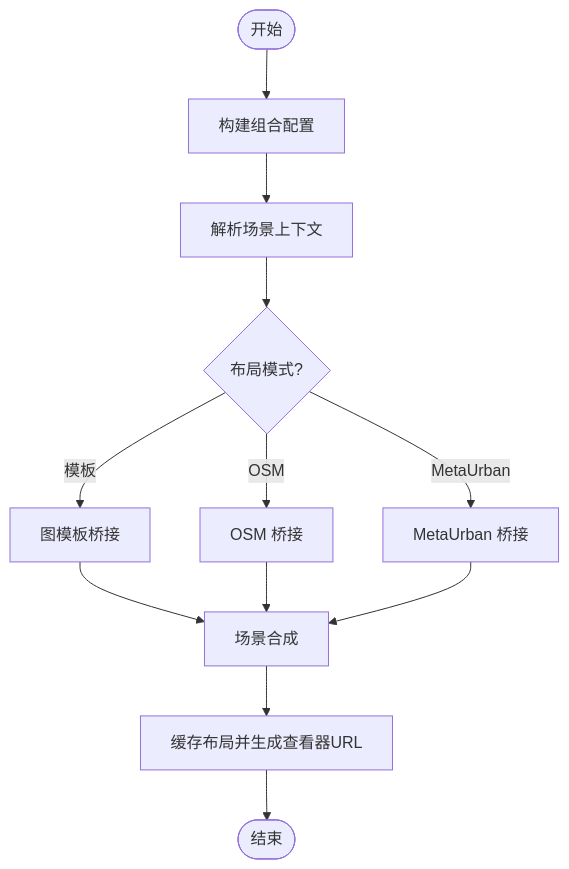
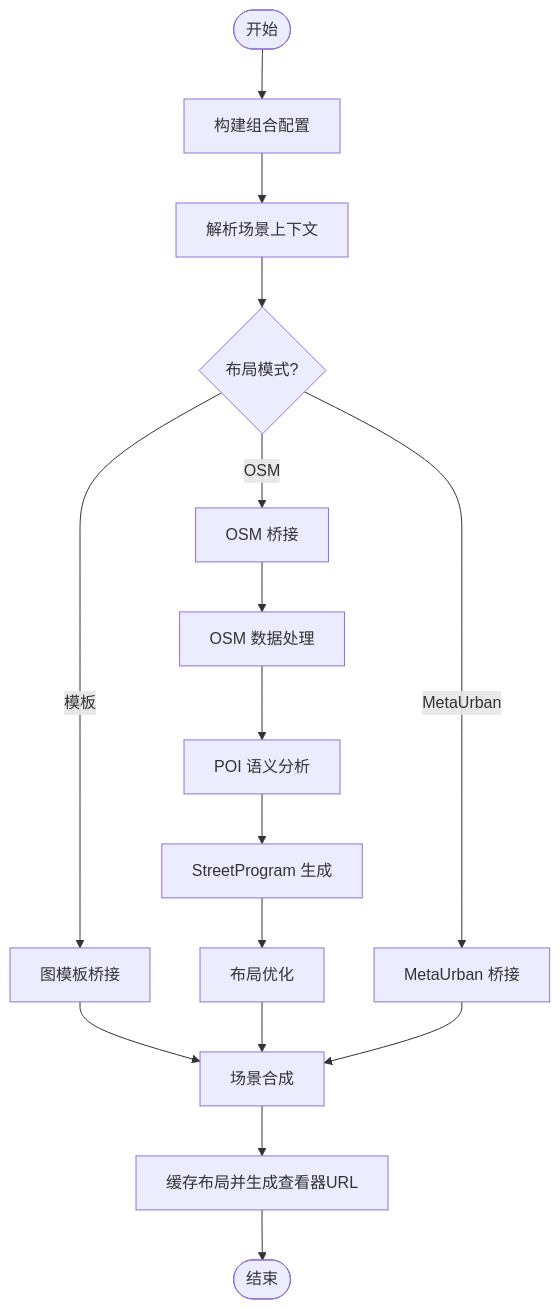
One commit to wsqstar/RoadGen3D changed the fourth of 17 diagrams in .qoder/repowiki/zh/content/系统架构/系统架构.md. Above: the diagram before and after it, drawn with Mermaid. The commit also changed other lines of this file and 10 other files, not shown here.

First line of the commit message:
docs(architecture): update system architecture with OSM and POI integration

````diff
--- a/.qoder/repowiki/zh/content/系统架构/系统架构.md
+++ b/.qoder/repowiki/zh/content/系统架构/系统架构.md
@@ -202,14 +257,18 @@
 ```mermaid
 flowchart TD
 Start(["开始"]) --> BuildConfig["构建组合配置"]
 BuildConfig --> ResolveCtx["解析场景上下文"]
 ResolveCtx --> Mode{"布局模式?"}
 Mode --> |模板| BridgeGT["图模板桥接"]
 Mode --> |OSM| BridgeOSM["OSM 桥接"]
 Mode --> |MetaUrban| BridgeMU["MetaUrban 桥接"]
 BridgeGT --> Compose["场景合成"]
-BridgeOSM --> Compose
+BridgeOSM --> OSMProcess["OSM 数据处理"]
+OSMProcess --> POIAnalysis["POI 语义分析"]
+POIAnalysis --> ProgramGen["StreetProgram 生成"]
+ProgramGen --> LayoutOpt["布局优化"]
+LayoutOpt --> Compose
 BridgeMU --> Compose
 Compose --> Cache["缓存布局并生成查看器URL"]
 Cache --> End(["结束"])
 ```
````
